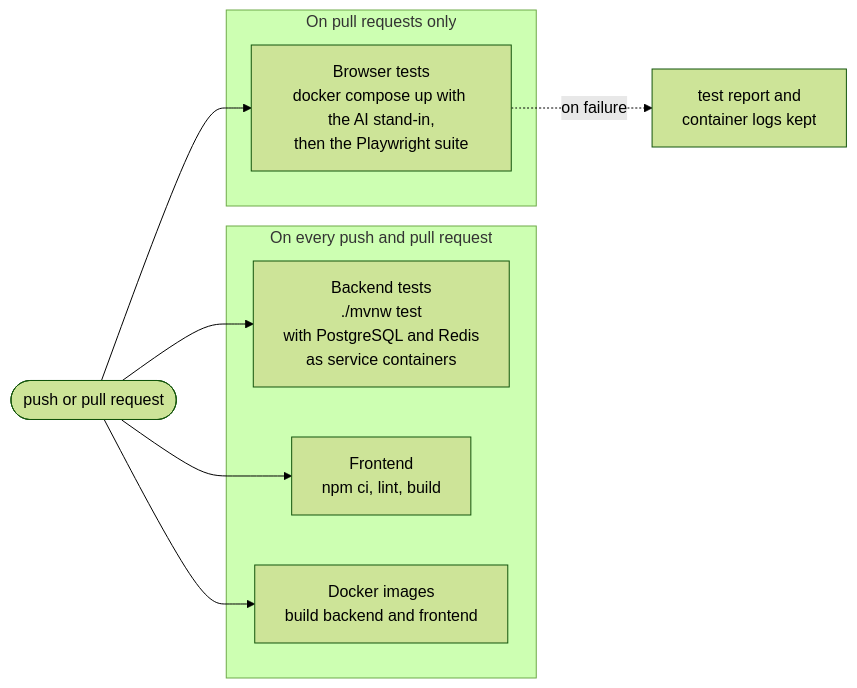
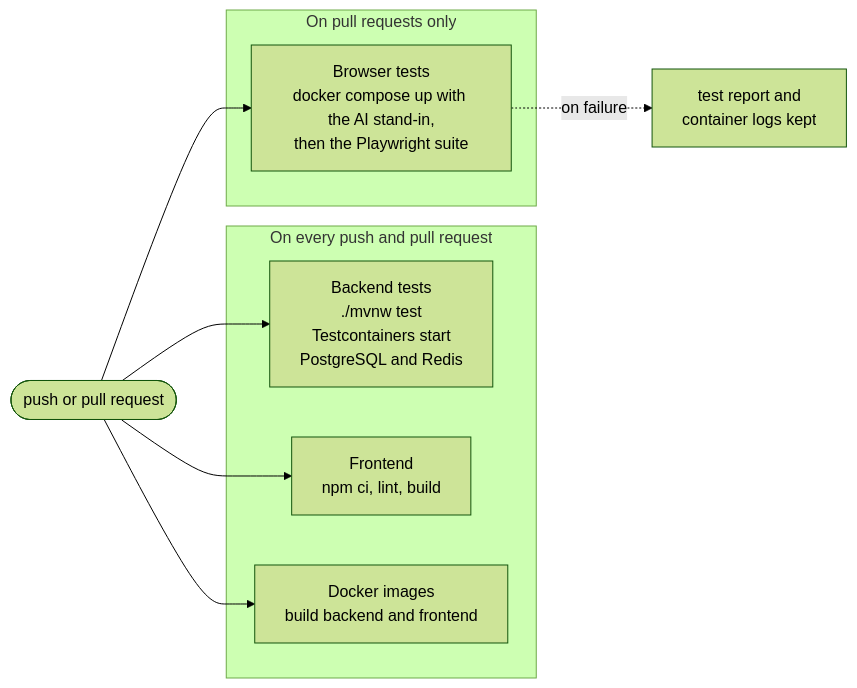
One commit to Jatin1Mathur/job-application-assistant changed the seventh of 9 diagrams in docs/ARCHITECTURE.md. Above: the diagram before and after it, drawn with Mermaid (forest theme). The commit also changed other lines of this file and 41 other files, not shown here.

````diff
--- a/docs/ARCHITECTURE.md
+++ b/docs/ARCHITECTURE.md
@@ -376,20 +395,20 @@
 ```mermaid
 flowchart LR
     Trigger(["push or pull request"])
 
     subgraph Always["On every push and pull request"]
-        Backend["Backend tests<br/>./mvnw test<br/>with PostgreSQL and Redis<br/>as service containers"]
+        Backend["Backend tests<br/>./mvnw test<br/>Testcontainers start<br/>PostgreSQL and Redis"]
         Frontend["Frontend<br/>npm ci, lint, build"]
         Images["Docker images<br/>build backend and frontend"]
     end
 
     subgraph PR["On pull requests only"]
         E2E["Browser tests<br/>docker compose up with the AI stand-in,<br/>then the Playwright suite"]
     end
 
     Trigger --> Backend
     Trigger --> Frontend
     Trigger --> Images
     Trigger --> E2E
     E2E -.->|"on failure"| Report["test report and<br/>container logs kept"]
 ```
````
